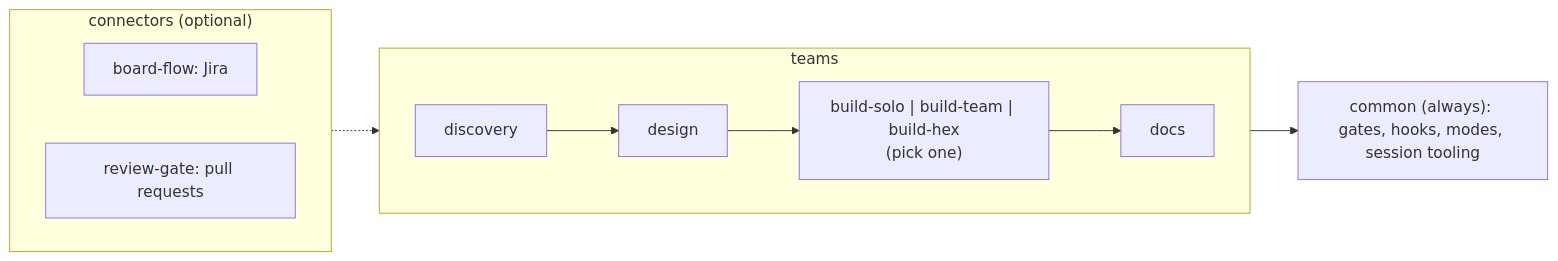
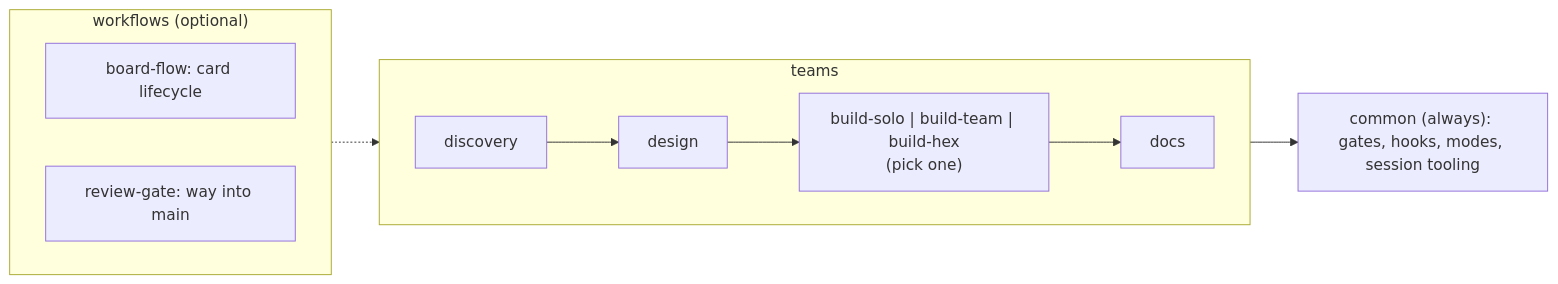
One commit to alegomes/cepa changed the second of 2 diagrams in README.md. Above: the diagram before and after it, drawn with Mermaid. The commit also changed other lines of this file and 3 other files, not shown here.

````diff
--- a/README.md
+++ b/README.md
@@ -295,15 +353,15 @@
 ```mermaid
 flowchart LR
-  subgraph conn["connectors (optional)"]
+  subgraph conn["workflows (optional)"]
     direction LR
-    BF["board-flow: Jira"]
-    RG["review-gate: pull requests"]
+    BF["board-flow: card lifecycle"]
+    RG["review-gate: way into main"]
   end
   subgraph teams["teams"]
     direction LR
     DI["discovery"] --> DE["design"] --> BU["build-solo | build-team | build-hex<br/>(pick one)"] --> DO["docs"]
   end
   CO["common (always): gates, hooks, modes, session tooling"]
   conn -.-> teams
   teams --> CO
 ```
````
